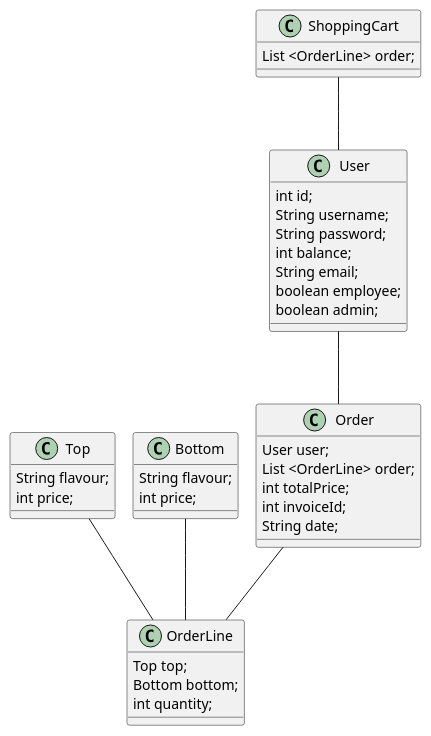
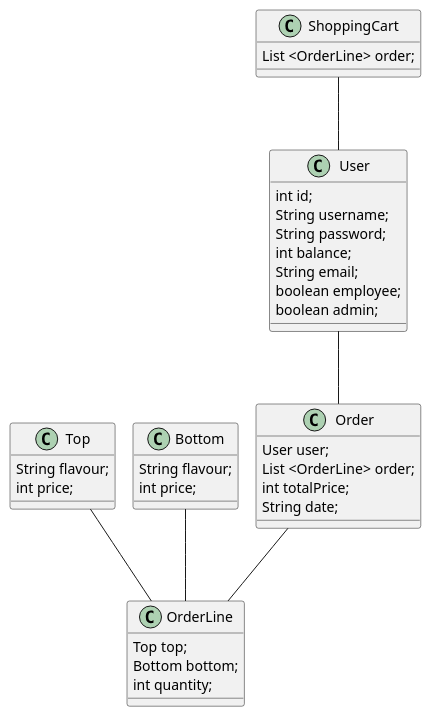
Before and after one commit to AlberteVallentin/Cupcake: the diagram in doc/ClassDiagram.puml, drawn with PlantUML. The commit also changed 3 other files, not shown here.

```diff
--- a/doc/ClassDiagram.puml
+++ b/doc/ClassDiagram.puml
@@ -1,51 +1,50 @@
 @startuml
 'https://plantuml.com/class-diagram
 !pragma layout smetana
 
 
 class User {
 int id;
 String username;
 String password;
 int balance;
 String email;
 boolean employee;
 boolean admin;
 }
 
 class Order{
 User user;
 List <OrderLine> order;
 int totalPrice;
-int invoiceId;
 String date;
 }
 
 class ShoppingCart{
 List <OrderLine> order;
 }
 
 class OrderLine{
 Top top;
 Bottom bottom;
 int quantity;
 }
 
 
 class Top{
 String flavour;
 int price;
 }
 
 class Bottom{
 String flavour;
 int price;
 }
 
 Bottom --- OrderLine
 Top --- OrderLine
 User --- Order
 Order --- OrderLine
 ShoppingCart --- User
 
 @enduml
```
